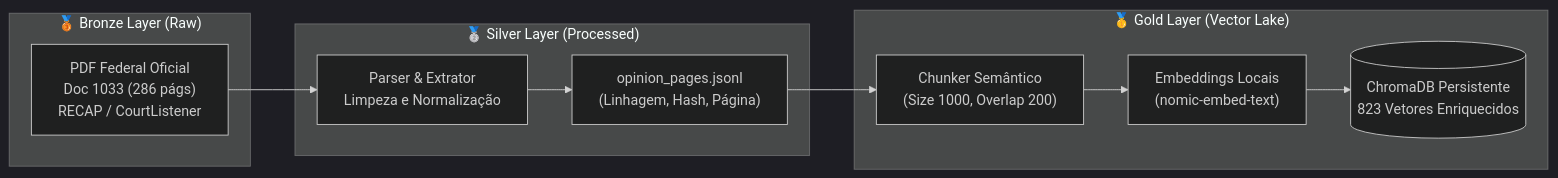
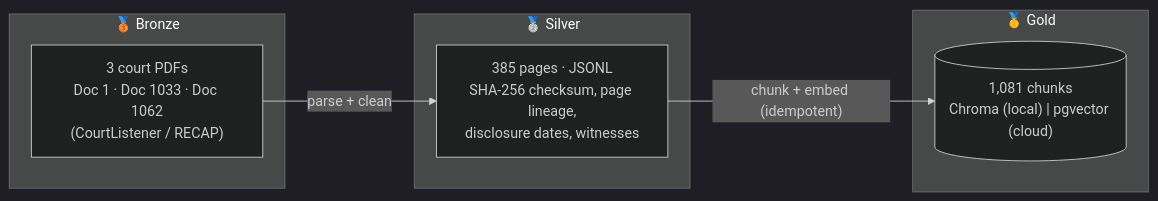
The first of 2 diagrams in README.md (rodrigo85/langgraph-legal-rag), drawn with Mermaid (dark theme) before and after one commit. The commit also changed other lines of this file and 3 other files, not shown here.

````diff
--- a/README.md
+++ b/README.md
@@ -39,19 +40,13 @@
 ```mermaid
 flowchart LR
-    subgraph Bronze ["🥉 Bronze Layer (Raw)"]
-        PDF["PDF Federal Oficial<br/>Doc 1033 (286 págs)<br/>RECAP / CourtListener"]
+    subgraph Bronze["🥉 Bronze"]
+        PDF["3 court PDFs<br/>Doc 1 · Doc 1033 · Doc 1062<br/>(CourtListener / RECAP)"]
     end
-
-    subgraph Silver ["🥈 Silver Layer (Processed)"]
-        Parser["Parser & Extrator<br/>Limpeza e Normalização"]
-        JSONL["opinion_pages.jsonl<br/>(Linhagem, Hash, Página)"]
+    subgraph Silver["🥈 Silver"]
+        JSONL["385 pages · JSONL<br/>SHA-256 checksum, page lineage,<br/>disclosure dates, witnesses"]
     end
-
-    subgraph Gold ["🥇 Gold Layer (Vector Lake)"]
-        Chunker["Chunker Semântico<br/>(Size 1000, Overlap 200)"]
-        Embeddings["Embeddings Locais<br/>(nomic-embed-text)"]
-        Chroma[("ChromaDB Persistente<br/>823 Vetores Enriquecidos")]
+    subgraph Gold["🥇 Gold"]
+        VEC[("1,081 chunks<br/>Chroma (local) | pgvector (cloud)")]
     end
-
-    PDF --> Parser --> JSONL --> Chunker --> Embeddings --> Chroma
+    PDF -- "parse + clean" --> JSONL -- "chunk + embed (idempotent)" --> VEC
 ```
````
